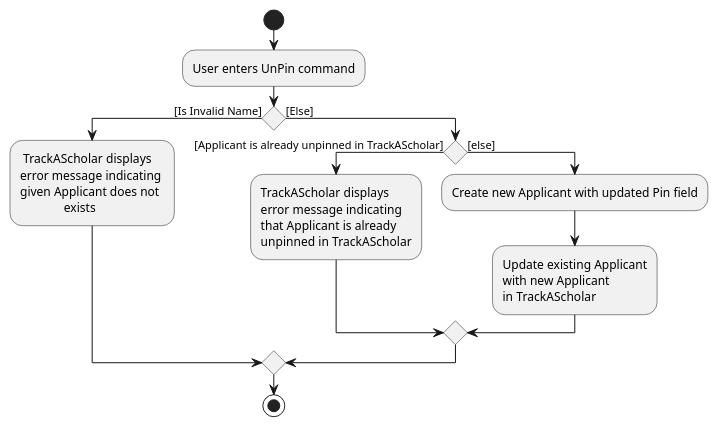
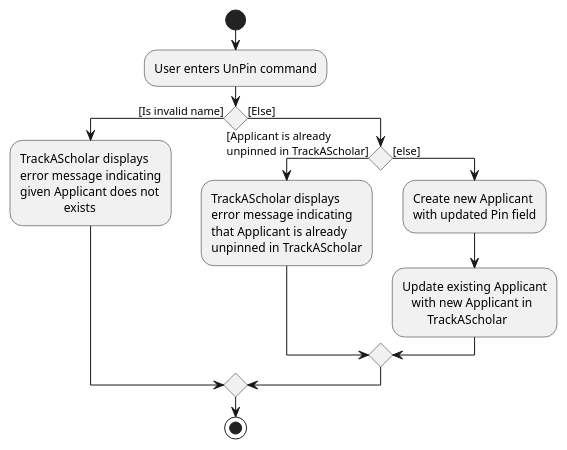
One commit to nus-cs2103-AY2223S1/tp changed the diagram in docs/diagrams/UnPinCommandActivityDiagram.puml. Above: the diagram before and after it, drawn with PlantUML. The commit also changed 23 other files, not shown here.

Commit message:
Update Activity and Sequence diagrams in Developer Guide

```diff
--- a/docs/diagrams/UnPinCommandActivityDiagram.puml
+++ b/docs/diagrams/UnPinCommandActivityDiagram.puml
@@ -1,20 +1,20 @@
 @startuml
 start
 :User enters UnPin command;
 
-if () then ([Is Invalid Name])
-    : TrackAScholar displays \nerror message indicating \ngiven Applicant does not\n              exists;
+if () then ([Is invalid name])
+    :TrackAScholar displays \nerror message indicating\ngiven Applicant does not\n              exists;
 
 else ([Else])
-        if () then ([Applicant is already unpinned in TrackAScholar])
-              :TrackAScholar displays \nerror message indicating \nthat Applicant is already \nunpinned in TrackAScholar;
+        if () then ([Applicant is already\nunpinned in TrackAScholar])
+              :TrackAScholar displays\nerror message indicating\nthat Applicant is already \nunpinned in TrackAScholar;
 
         else ([else])
-              :Create new Applicant with updated Pin field;
-              :Update existing Applicant\nwith new Applicant\nin TrackAScholar;
+              :Create new Applicant\nwith updated Pin field;
+              :Update existing Applicant\n   with new Applicant in\n        TrackAScholar;
 
         endif
 
 endif
 stop
 @enduml
```
